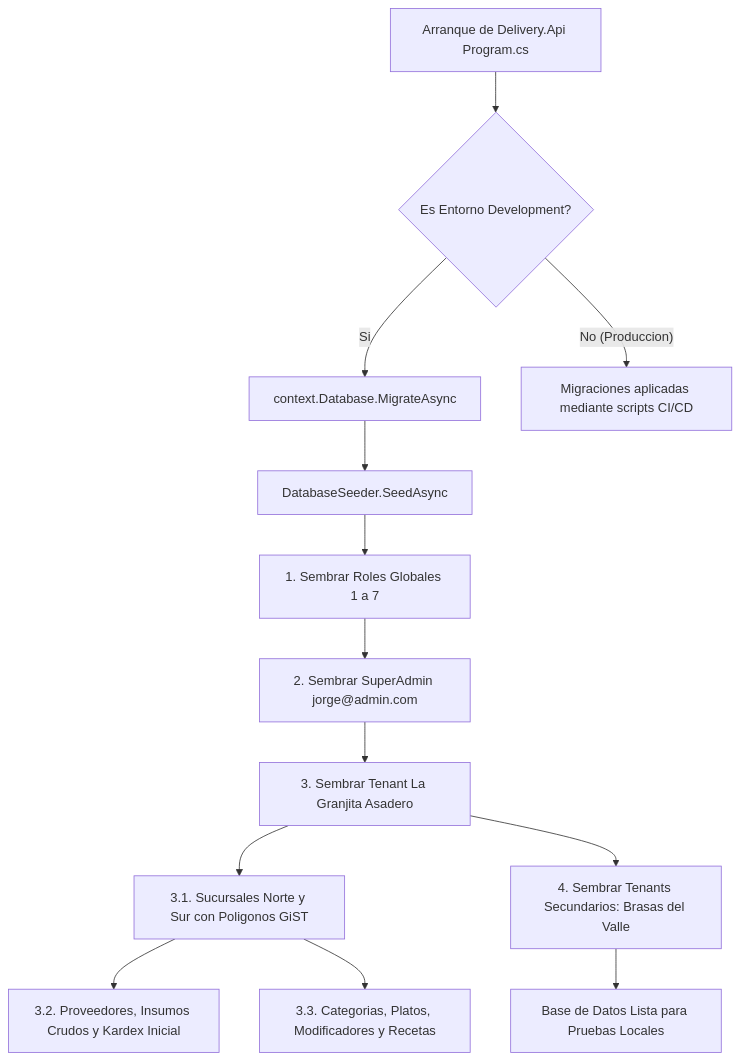
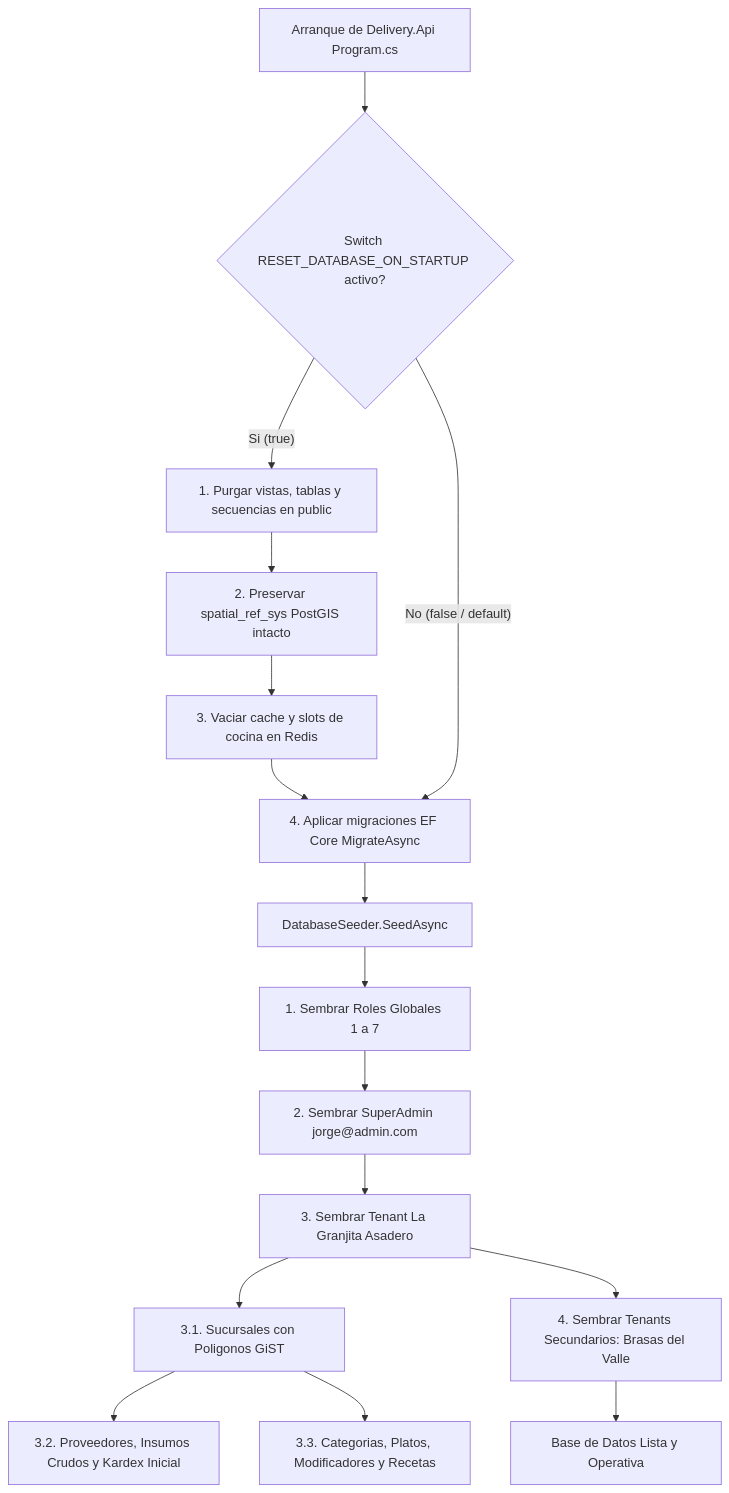
The diagram in docs/03-base-de-datos/04-semillas-y-entornos-de-prueba.md (JorgeDoicela/delivery-platform), drawn with Mermaid before and after one commit. The commit also changed other lines of this file and 33 other files, not shown here.

````diff
--- a/docs/03-base-de-datos/04-semillas-y-entornos-de-prueba.md
+++ b/docs/03-base-de-datos/04-semillas-y-entornos-de-prueba.md
@@ -14,15 +32,18 @@
 ```mermaid
 flowchart TD
-    AppStart[Arranque de Delivery.Api Program.cs] --> CheckEnv{Es Entorno Development?}
-    CheckEnv -- Si --> RunMigrations[context.Database.MigrateAsync]
+    AppStart[Arranque de Delivery.Api Program.cs] --> CheckSwitch{Switch RESET_DATABASE_ON_STARTUP activo?}
+    CheckSwitch -- Si (true) --> PurgeSchema[1. Purgar vistas, tablas y secuencias en public]
+    PurgeSchema --> PreservePostgis[2. Preservar spatial_ref_sys PostGIS intacto]
+    PreservePostgis --> FlushRedis[3. Vaciar cache y slots de cocina en Redis]
+    FlushRedis --> RunMigrations[4. Aplicar migraciones EF Core MigrateAsync]
+    CheckSwitch -- No (false / default) --> RunMigrations
     RunMigrations --> SeedAsync[DatabaseSeeder.SeedAsync]
     SeedAsync --> SeedRoles[1. Sembrar Roles Globales 1 a 7]
     SeedRoles --> SeedSuperAdmin[2. Sembrar SuperAdmin jorge@admin.com]
     SeedSuperAdmin --> SeedGranjita[3. Sembrar Tenant La Granjita Asadero]
-    SeedGranjita --> SeedBranches[3.1. Sucursales Norte y Sur con Poligonos GiST]
+    SeedGranjita --> SeedBranches[3.1. Sucursales con Poligonos GiST]
     SeedBranches --> SeedInventory[3.2. Proveedores, Insumos Crudos y Kardex Inicial]
     SeedBranches --> SeedCatalog[3.3. Categorias, Platos, Modificadores y Recetas]
     SeedGranjita --> SeedSecondary[4. Sembrar Tenants Secundarios: Brasas del Valle]
-    SeedSecondary --> Ready[Base de Datos Lista para Pruebas Locales]
-    CheckEnv -- No (Produccion) --> Standby[Migraciones aplicadas mediante scripts CI/CD]
+    SeedSecondary --> Ready[Base de Datos Lista y Operativa]
 ```
````
